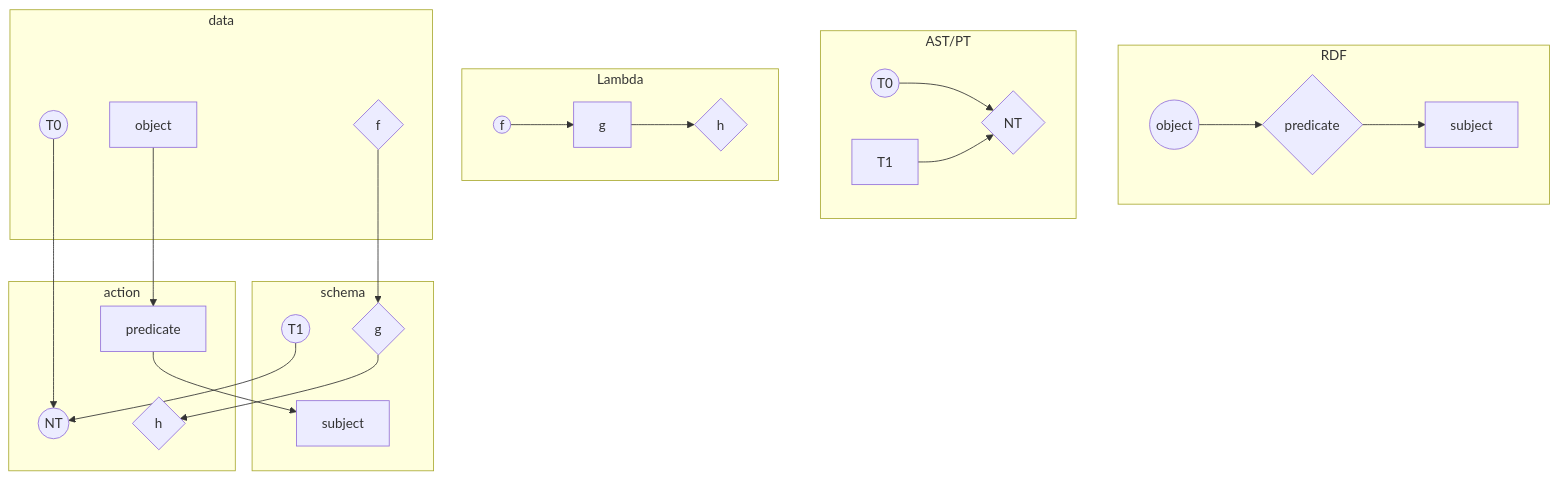
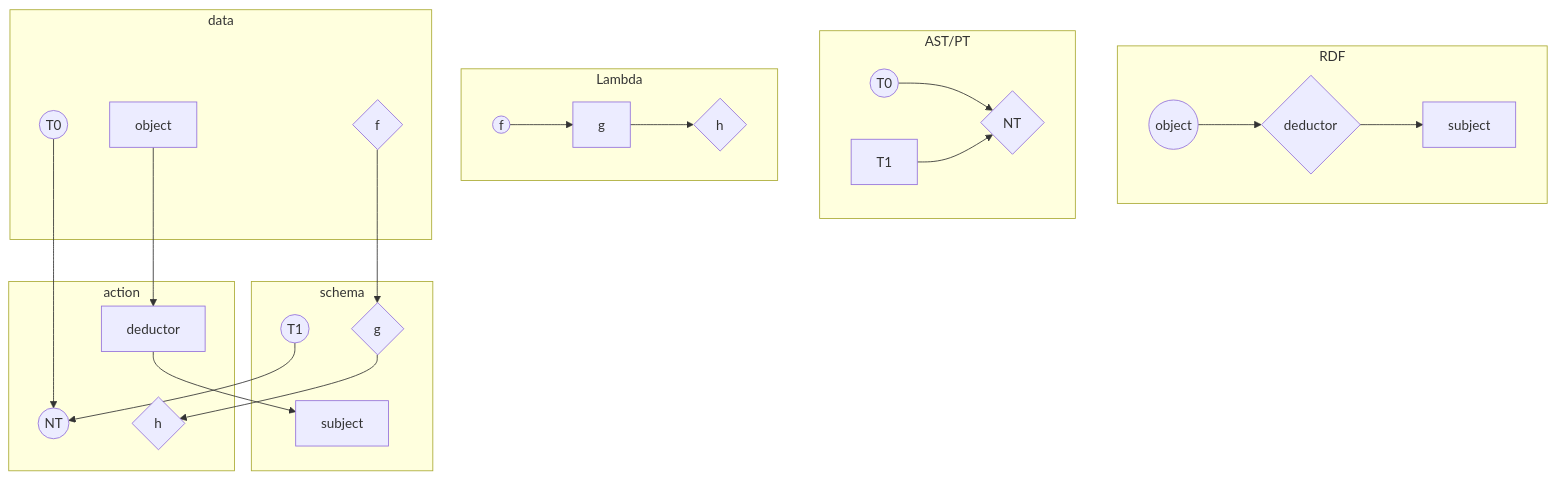
One commit to askirmas/askirmas.github.io changed the first of 3 diagrams in schema-as-meta.md. Above: the diagram before and after it, drawn with Mermaid. The commit also changed other lines of this file and 1 other file, not shown here.

````diff
--- a/schema-as-meta.md
+++ b/schema-as-meta.md
@@ -7,54 +7,54 @@
 ```mermaid
 graph TB
 
 subgraph RDF
 rdf.object((object))
 rdf.subject[subject]
-rdf.predicate{predicate}
-rdf.object --> rdf.predicate
-rdf.predicate --> rdf.subject
+rdf.deductor{deductor}
+rdf.object --> rdf.deductor
+rdf.deductor --> rdf.subject
 end
 
 subgraph AST/PT
 ast.T0((T0))
 ast.T1[T1]
 ast.NT{NT}
 ast.T0 --> ast.NT
 ast.T1 --> ast.NT
 end
 
 subgraph Lambda
 l.f((f))
 l.g[g]
 l.h{h}
 l.f --> l.g
 l.g --> l.h
 end
 
 subgraph data
 data.T0((T0))
 data.f{f}
 data.object[object]
 end
 
 subgraph schema
 schema.T1((T1))
 schema.g{g}
 schema.subject[subject]
 end
 
 subgraph action
 action.NT((NT))
-action.predicate[predicate]
+action.deductor[deductor]
 action.h{h}
 end
 
-data.object --> action.predicate
-action.predicate --> schema.subject
+data.object --> action.deductor
+action.deductor --> schema.subject
 
 data.T0 --> action.NT
 schema.T1 --> action.NT
 
 data.f --> schema.g
 schema.g --> action.h
 ```
````
